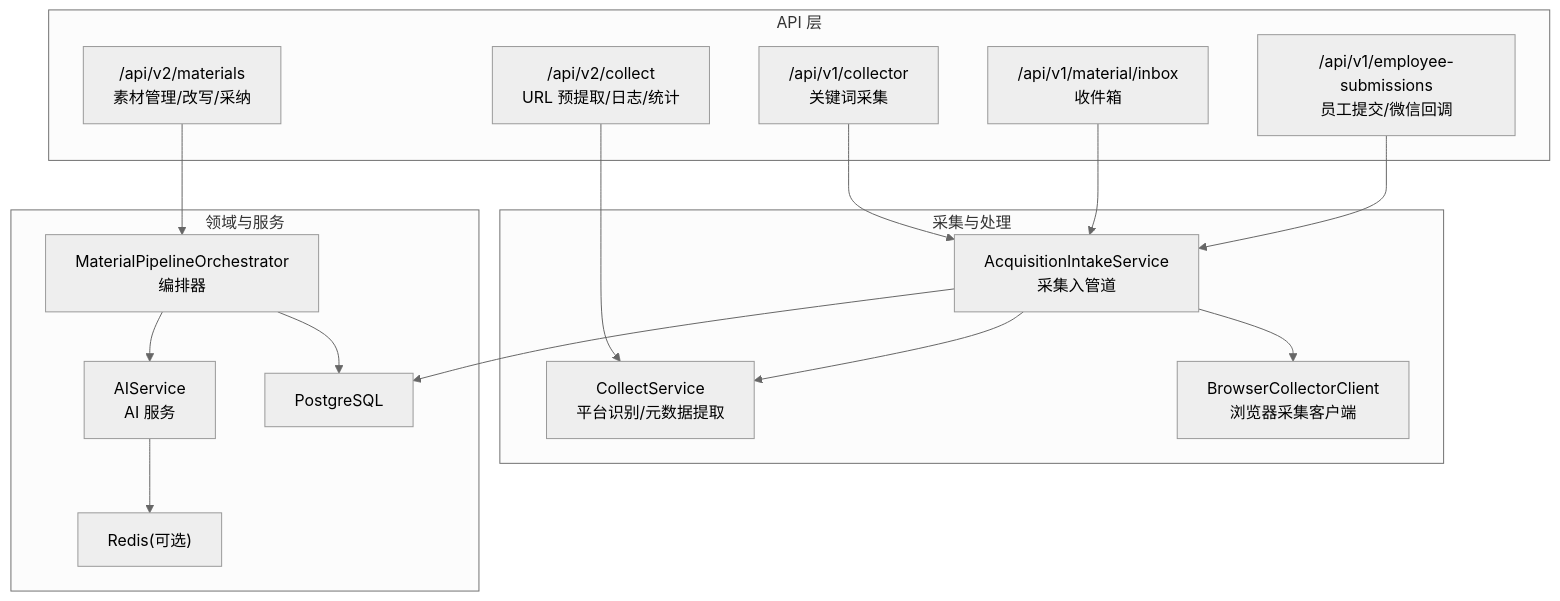
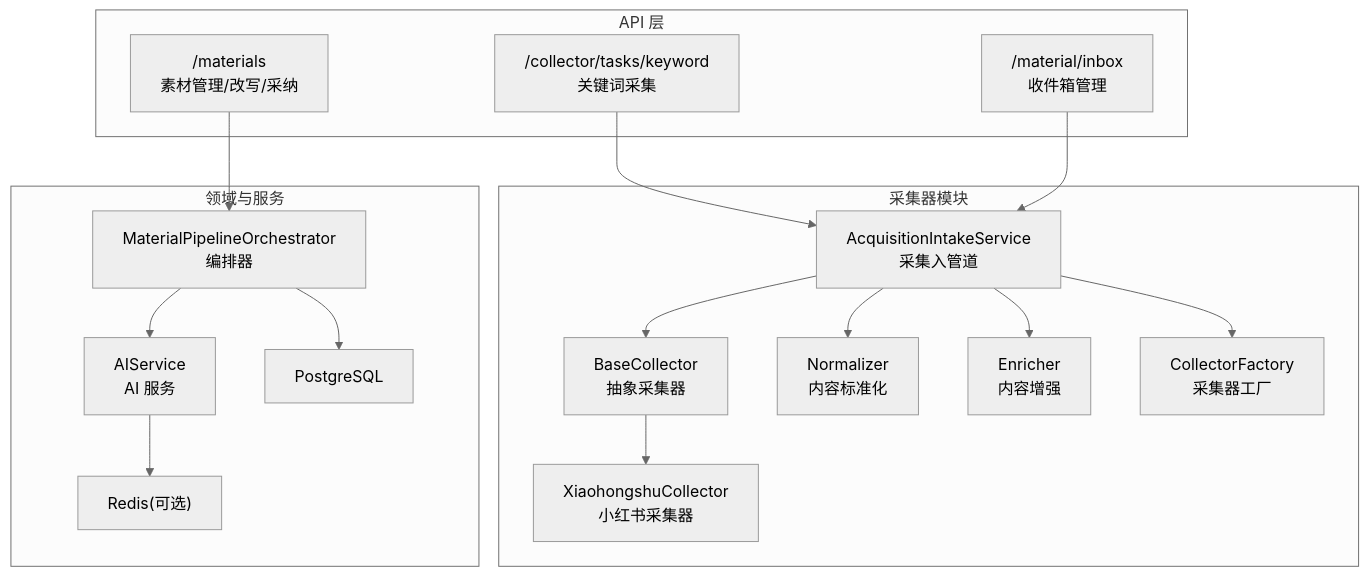
Before and after one commit to dream-ze/AI_huoke-: the first of 8 diagrams in .qoder/repowiki/zh/content/内容采集系统/内容采集系统.md, drawn with Mermaid (neutral theme). The commit also changed other lines of this file and 52 other files, not shown here.

````diff
--- a/.qoder/repowiki/zh/content/内容采集系统/内容采集系统.md
+++ b/.qoder/repowiki/zh/content/内容采集系统/内容采集系统.md
@@ -41,32 +59,33 @@
 ```mermaid
 graph TB
 subgraph "API 层"
-V1C["/api/v1/collector<br/>关键词采集"]
-V1I["/api/v1/material/inbox<br/>收件箱"]
-V1S["/api/v1/employee-submissions<br/>员工提交/微信回调"]
-V2C["/api/v2/collect<br/>URL 预提取/日志/统计"]
-V2M["/api/v2/materials<br/>素材管理/改写/采纳"]
+V1C["/collector/tasks/keyword<br/>关键词采集"]
+V1I["/material/inbox<br/>收件箱管理"]
+V2M["/materials<br/>素材管理/改写/采纳"]
 end
-subgraph "采集与处理"
-CS["CollectService<br/>平台识别/元数据提取"]
-BCC["BrowserCollectorClient<br/>浏览器采集客户端"]
-AIS["AcquisitionIntakeService<br/>采集入管道"]
+subgraph "采集器模块"
+AC["AcquisitionIntakeService<br/>采集入管道"]
+BC["BaseCollector<br/>抽象采集器"]
+XC["XiaohongshuCollector<br/>小红书采集器"]
+NF["Normalizer<br/>内容标准化"]
+EN["Enricher<br/>内容增强"]
+FC["CollectorFactory<br/>采集器工厂"]
 end
 subgraph "领域与服务"
 MPO["MaterialPipelineOrchestrator<br/>编排器"]
 AI["AIService<br/>AI 服务"]
 DB["PostgreSQL"]
 REDIS["Redis(可选)"]
 end
-V1C --> AIS
-V1I --> AIS
-V1S --> AIS
-V2C --> CS
+V1C --> AC
+V1I --> AC
 V2M --> MPO
-AIS --> CS
-AIS --> BCC
-AIS --> DB
+AC --> BC
+BC --> XC
+AC --> NF
+AC --> EN
+AC --> FC
 MPO --> AI
 MPO --> DB
 AI --> REDIS
 ```
````
